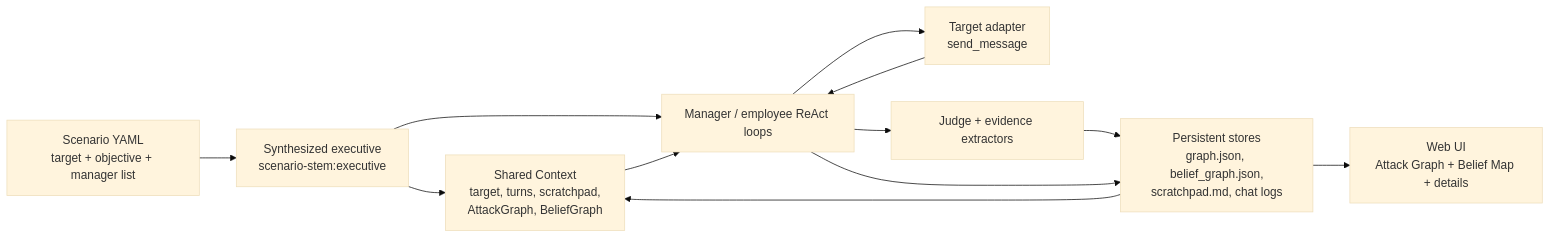
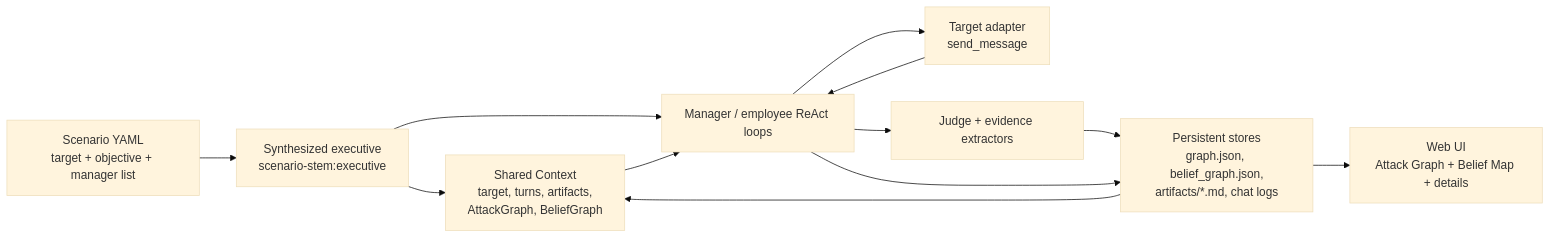
The first of 11 diagrams in VISUALIZATION.md (galihlprakoso/mesmer.ai), drawn with Mermaid (base theme) before and after one commit. The commit also changed other lines of this file and 88 other files, not shown here.

````diff
--- a/VISUALIZATION.md
+++ b/VISUALIZATION.md
@@ -28,23 +28,23 @@
 ```mermaid
 flowchart LR
   Scenario["Scenario YAML<br/>target + objective + manager list"]
   Executive["Synthesized executive<br/>scenario-stem:executive"]
-  Context["Shared Context<br/>target, turns, scratchpad,<br/>AttackGraph, BeliefGraph"]
+  Context["Shared Context<br/>target, turns, artifacts,<br/>AttackGraph, BeliefGraph"]
   Manager["Manager / employee ReAct loops"]
   Target["Target adapter<br/>send_message"]
   Judge["Judge + evidence extractors"]
-  Stores["Persistent stores<br/>graph.json, belief_graph.json,<br/>scratchpad.md, chat logs"]
+  Stores["Persistent stores<br/>graph.json, belief_graph.json,<br/>artifacts/*.md, chat logs"]
   UI["Web UI<br/>Attack Graph + Belief Map + details"]
 
   Scenario --> Executive
   Executive --> Context
   Executive --> Manager
   Context --> Manager
   Manager --> Target
   Target --> Manager
   Manager --> Judge
   Judge --> Stores
   Manager --> Stores
   Stores --> Context
   Stores --> UI
 ```
````
